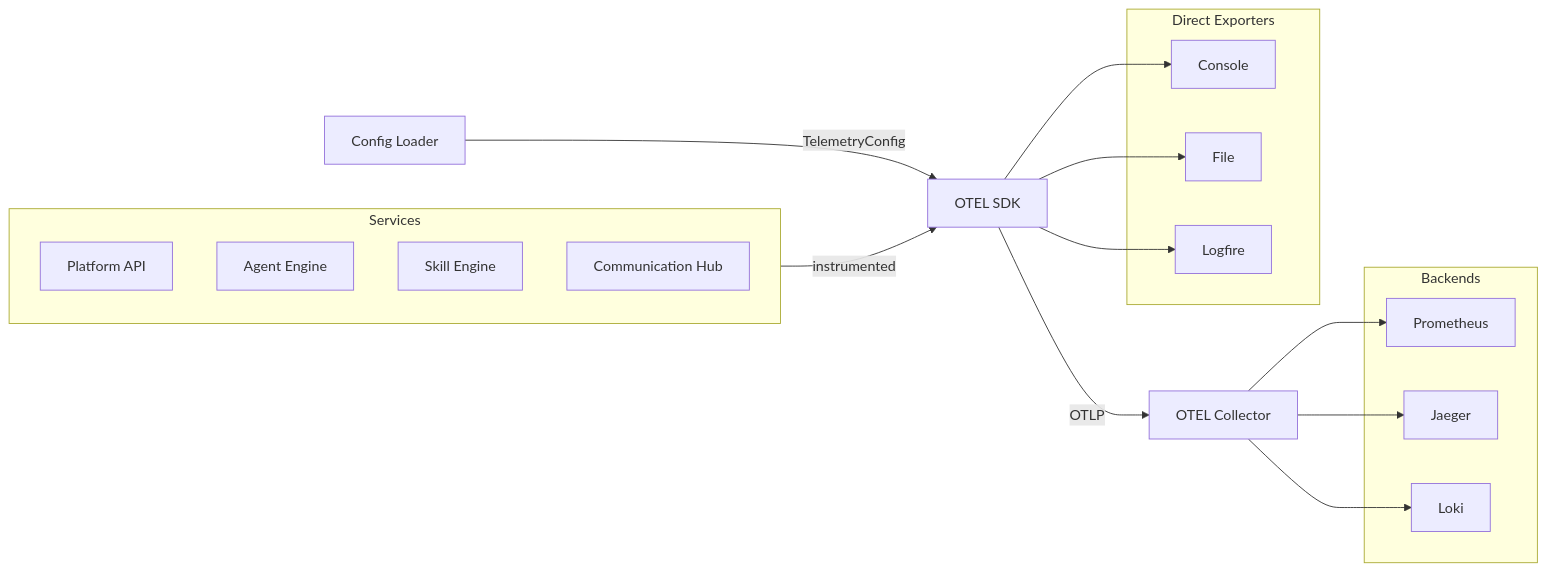
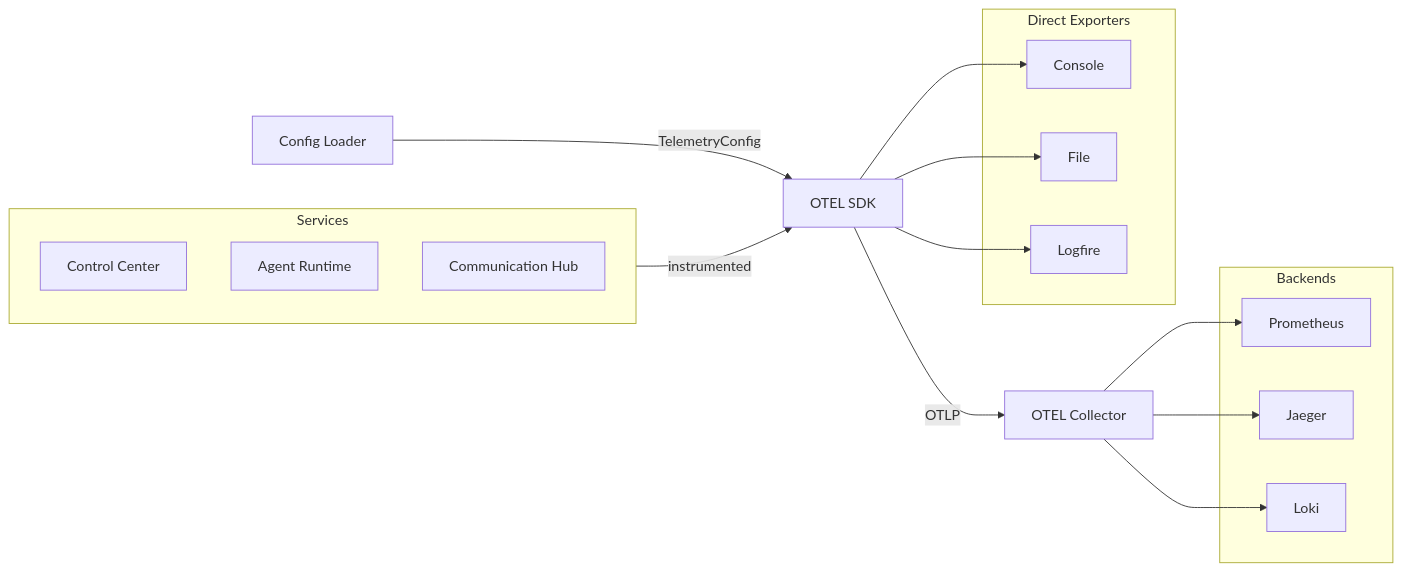
One commit to hurungang/parthenon changed the diagram in docs/master/architecture/modules/observability.md. Above: the diagram before and after it, drawn with Mermaid. The commit also changed other lines of this file and 206 other files, not shown here.

````diff
--- a/docs/master/architecture/modules/observability.md
+++ b/docs/master/architecture/modules/observability.md
@@ -9,35 +9,34 @@
 ```mermaid
 flowchart LR
     subgraph Services
-        API[Platform API]
-        AE[Agent Engine]
-        SE[Skill Engine]
+        CC[Control Center]
+        AR[Agent Runtime]
         CH[Communication Hub]
     end
 
     CL[Config Loader]
     SDK[OTEL SDK]
     COL[OTEL Collector]
 
     subgraph Backends
         PROM[Prometheus]
         JAEG[Jaeger]
         LOKI[Loki]
     end
 
     subgraph Direct[Direct Exporters]
         CON[Console]
         FILE[File]
         LF[Logfire]
     end
 
     CL -->|TelemetryConfig| SDK
     Services -->|instrumented| SDK
     SDK -->|OTLP| COL
     SDK --> CON
     SDK --> FILE
     SDK --> LF
     COL --> PROM
     COL --> JAEG
     COL --> LOKI
 ```
````
